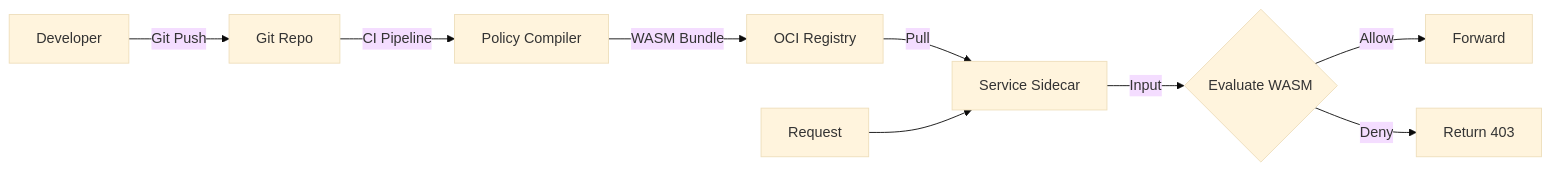
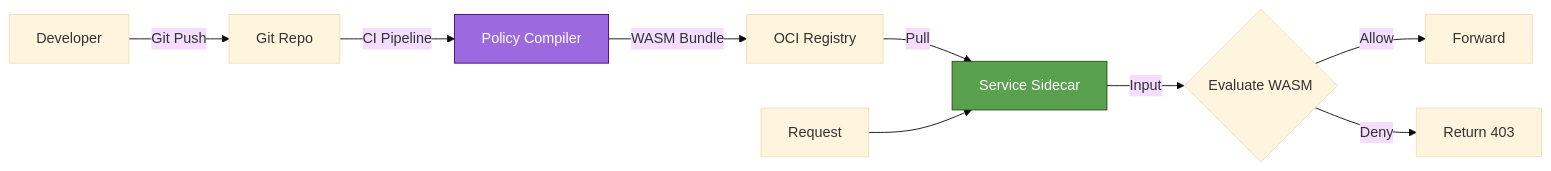
Before and after one commit to gchaitanyabharath9/omnigcloud: diagram 11 of 11 in src/app/[locale]/research/papers/a1-cloud-native-enterprise-reference/A1-PAPER-FULL.md, drawn with Mermaid (base theme). The commit also changed other lines of this file and 40 other files, not shown here.

````diff
--- a/src/app/[locale]/research/papers/a1-cloud-native-enterprise-reference/A1-PAPER-FULL.md
+++ b/src/app/[locale]/research/papers/a1-cloud-native-enterprise-reference/A1-PAPER-FULL.md
@@ -1028,12 +1252,20 @@
 ```mermaid
 flowchart LR
-    Dev[Developer] -->|Git Push| Git[Git Repo]
-    Git -->|CI Pipeline| Compiler[Policy Compiler]
-    Compiler -->|WASM Bundle| Registry[OCI Registry]
-    Registry -->|Pull| Sidecar[Service Sidecar]
-    
-    Req[Request] --> Sidecar
-    Sidecar -->|Input| Eval{Evaluate WASM}
-    Eval -->|Allow| Pass[Forward]
-    Eval -->|Deny| Block[Return 403]
+    classDef Control fill:#4E79A7,stroke:#2C3E50,color:#fff;
+    classDef Data fill:#59A14F,stroke:#274E13,color:#fff;
+    classDef Policy fill:#9C6ADE,stroke:#4B0082,color:#fff;
+    classDef Obs fill:#F28E2B,stroke:#8B4513,color:#fff;
+    classDef Risk fill:#E15759,stroke:#7B241C,color:#fff;
+    classDef State fill:#76B7B2,stroke:#0E6251,color:#fff;
+    classDef Actor fill:#BAB0AC,stroke:#515A5A,color:#000;
+    Dev["Developer"] -->|Git Push| Git["Git Repo"]
+    Git -->|CI Pipeline| Compiler["Policy Compiler"]
+    Compiler -->|WASM Bundle| Registry["OCI Registry"]
+    Registry -->|Pull| Sidecar["Service Sidecar"]
+    Req["Request"] --> Sidecar
+    Sidecar -->|Input| Eval{"Evaluate WASM"}
+    Eval -->|Allow| Pass["Forward"]
+    Eval -->|Deny| Block["Return 403"]
+    class Compiler Policy;
+    class Sidecar Data;
 ```
````
